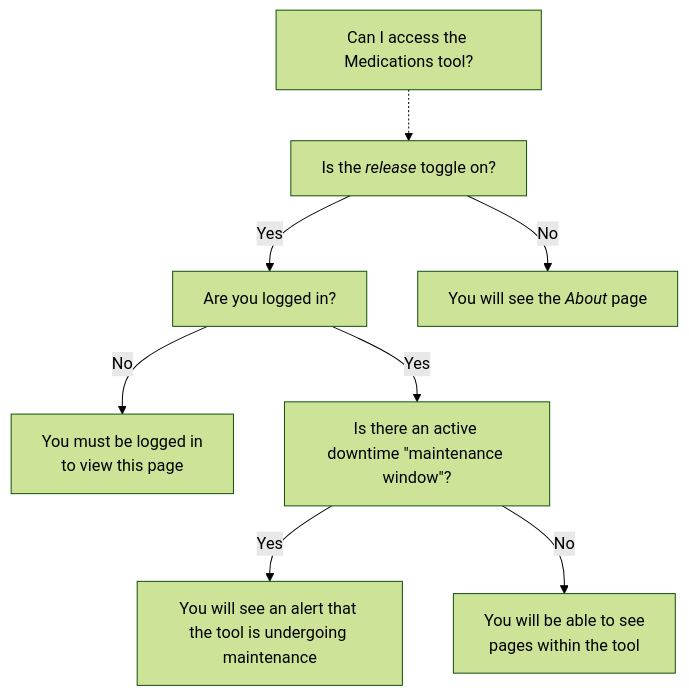
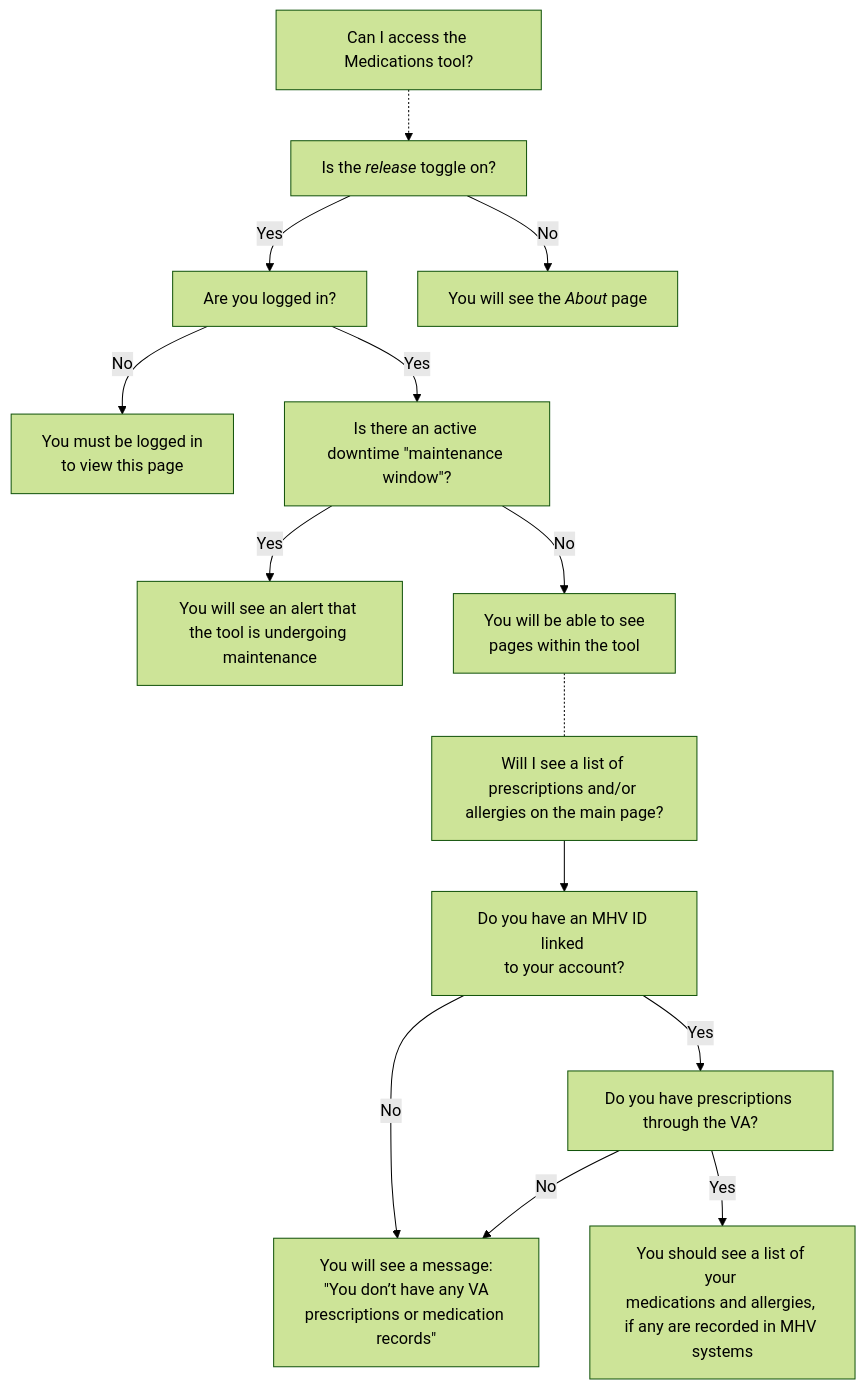
Before and after one commit to department-of-veterans-affairs/va.gov-team: the second of 3 diagrams in products/health-care/digital-health-modernization/engineering/mhv-access-visibility-graphs.md, drawn with Mermaid (forest theme). The commit also changed other lines of this file, not shown here.

Commit message:
Update mhv-access-visibility-graphs.md
Add bits about MHV Medications where a user might see a "no medications" alert

````diff
--- a/products/health-care/digital-health-modernization/engineering/mhv-access-visibility-graphs.md
+++ b/products/health-care/digital-health-modernization/engineering/mhv-access-visibility-graphs.md
@@ -59,20 +59,31 @@
 ```mermaid
 graph TD
 
 Meds.AccessQ[Can I access the Medications tool?]
 Meds.LoggedInQ[Are you logged in?]
 Meds.ReleaseToggleQ[Is the <i>release</i> toggle on?]
 Meds.AboutPage[You will see the <i>About</i> page]
 Meds.AuthReq[You must be logged in <br>to view this page]
 Meds.DowntimeQ[Is there an active <br>downtime #quot;maintenance window#quot;?]
 Meds.ShowDowntime[You will see an alert that <br>the tool is undergoing maintenance]
 Meds.AccessAllowed[You will be able to see <br>pages within the tool]
+Meds.SeePrescriptionsQ[Will I see a list of prescriptions and/or allergies on the main page?]
+Meds.EmptyPrescriptionsAlert[You will see a message:<br> #quot;You don’t have any VA prescriptions or medication records#quot;]
+Meds.HavePrescriptionsQ[Do you have prescriptions through the VA?]
+Meds.ShowPrescriptions[You should see a list of your <br>medications and allergies, if any are recorded in MHV systems]
+Meds.LinkedMHVIdQ[Do you have an MHV ID linked <br>to your account?]
 
 Meds.AccessQ -.-> Meds.ReleaseToggleQ
 Meds.ReleaseToggleQ -->|No| Meds.AboutPage
 Meds.ReleaseToggleQ -->|Yes| Meds.LoggedInQ 
 Meds.LoggedInQ -->|No| Meds.AuthReq
 Meds.LoggedInQ -->|Yes| Meds.DowntimeQ
 Meds.DowntimeQ --> |Yes| Meds.ShowDowntime
 Meds.DowntimeQ --> |No| Meds.AccessAllowed
+Meds.AccessAllowed -.- Meds.SeePrescriptionsQ
+Meds.SeePrescriptionsQ --> Meds.LinkedMHVIdQ
+Meds.LinkedMHVIdQ --> |No| Meds.EmptyPrescriptionsAlert
+Meds.LinkedMHVIdQ --> |Yes| Meds.HavePrescriptionsQ
+Meds.HavePrescriptionsQ --> |No| Meds.EmptyPrescriptionsAlert
+Meds.HavePrescriptionsQ --> |Yes| Meds.ShowPrescriptions
 ```
````
